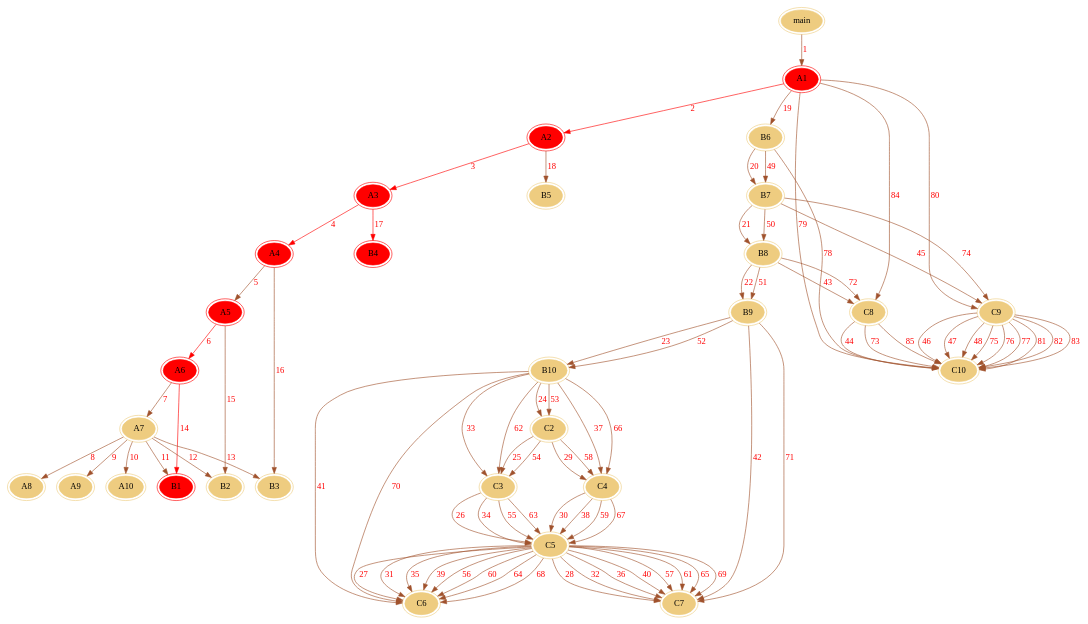
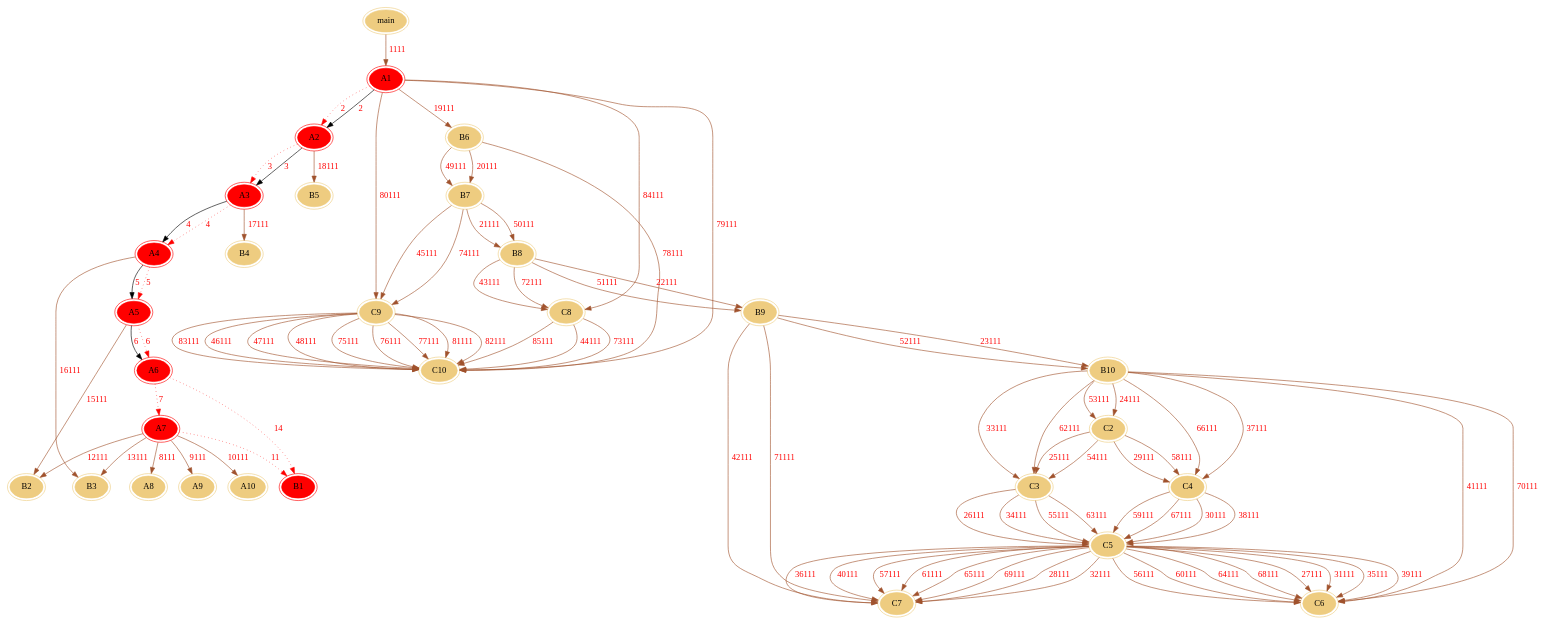
The diagram in out/dot/match.dot (carsonshan/AspectJIdea), drawn with Graphviz before and after one commit. The commit also changed 2 other files, not shown here.

```diff
--- a/out/dot/match.dot
+++ b/out/dot/match.dot
@@ -1,103 +1,122 @@
 digraph G {
     /*初始化节点和边的颜色*/
     node [peripheries=2 style=filled color="#eecc80"]
     edge [color="sienna" fontcolor="red"]
-main -> A1[label=1];
-A1 -> A2[label=2 color=red];
-A2 -> A3[label=3 color=red];
-A3 -> A4[label=4 color=red];
-A4 -> A5[label=5];
-A5 -> A6[label=6 color=red];
-A6 -> A7[label=7];
-A7 -> A8[label=8];
-A7 -> A9[label=9];
-A7 -> A10[label=10];
-A7 -> B1[label=11];
-A7 -> B2[label=12];
-A7 -> B3[label=13];
-A6 -> B1[label=14 color=red];
-A5 -> B2[label=15];
-A4 -> B3[label=16];
-A3 -> B4[label=17 color=red];
-A2 -> B5[label=18];
-A1 -> B6[label=19];
-B6 -> B7[label=20];
-B7 -> B8[label=21];
-B8 -> B9[label=22];
-B9 -> B10[label=23];
-B10 -> C2[label=24];
-C2 -> C3[label=25];
-C3 -> C5[label=26];
-C5 -> C6[label=27];
-C5 -> C7[label=28];
-C2 -> C4[label=29];
-C4 -> C5[label=30];
-C5 -> C6[label=31];
-C5 -> C7[label=32];
-B10 -> C3[label=33];
-C3 -> C5[label=34];
-C5 -> C6[label=35];
-C5 -> C7[label=36];
-B10 -> C4[label=37];
-C4 -> C5[label=38];
-C5 -> C6[label=39];
-C5 -> C7[label=40];
-B10 -> C6[label=41];
-B9 -> C7[label=42];
-B8 -> C8[label=43];
-C8 -> C10[label=44];
-B7 -> C9[label=45];
-C9 -> C10[label=46];
-C9 -> C10[label=47];
-C9 -> C10[label=48];
-B6 -> B7[label=49];
-B7 -> B8[label=50];
-B8 -> B9[label=51];
-B9 -> B10[label=52];
-B10 -> C2[label=53];
-C2 -> C3[label=54];
-C3 -> C5[label=55];
-C5 -> C6[label=56];
-C5 -> C7[label=57];
-C2 -> C4[label=58];
-C4 -> C5[label=59];
-C5 -> C6[label=60];
-C5 -> C7[label=61];
-B10 -> C3[label=62];
-C3 -> C5[label=63];
-C5 -> C6[label=64];
-C5 -> C7[label=65];
-B10 -> C4[label=66];
-C4 -> C5[label=67];
-C5 -> C6[label=68];
-C5 -> C7[label=69];
-B10 -> C6[label=70];
-B9 -> C7[label=71];
-B8 -> C8[label=72];
-C8 -> C10[label=73];
-B7 -> C9[label=74];
-C9 -> C10[label=75];
-C9 -> C10[label=76];
-C9 -> C10[label=77];
-B6 -> C10[label=78];
-A1 -> C10[label=79];
-A1 -> C9[label=80];
-C9 -> C10[label=81];
-C9 -> C10[label=82];
-C9 -> C10[label=83];
-A1 -> C8[label=84];
-C8 -> C10[label=85];
+main -> A1[label=1111];
+A1 -> A2[label=2 color=red style = dotted];
+A1 -> A2[label=2 color=red222];
+A2 -> A3[label=3 color=red style = dotted];
+A2 -> A3[label=3 color=red222];
+A3 -> A4[label=4 color=red style = dotted];
+A3 -> A4[label=4 color=red222];
+A4 -> A5[label=5 color=red style = dotted];
+A4 -> A5[label=5 color=red222];
+A5 -> A6[label=6 color=red style = dotted];
+A5 -> A6[label=6 color=red222];
+A6 -> A7[label=7 color=red style = dotted];
+A7 -> A8[label=8111];
+A7 -> A9[label=9111];
+A7 -> A10[label=10111];
+A7 -> B1[label=11 color=red style = dotted];
+A7 -> B2[label=12111];
+A7 -> B3[label=13111];
+A6 -> B1[label=14 color=red style = dotted];
+A5 -> B2[label=15111];
+A4 -> B3[label=16111];
+A3 -> B4[label=17111];
+A2 -> B5[label=18111];
+A1 -> B6[label=19111];
+B6 -> B7[label=20111];
+B7 -> B8[label=21111];
+B8 -> B9[label=22111];
+B9 -> B10[label=23111];
+B10 -> C2[label=24111];
+C2 -> C3[label=25111];
+C3 -> C5[label=26111];
+C5 -> C6[label=27111];
+C5 -> C7[label=28111];
+C2 -> C4[label=29111];
+C4 -> C5[label=30111];
+C5 -> C6[label=31111];
+C5 -> C7[label=32111];
+B10 -> C3[label=33111];
+C3 -> C5[label=34111];
+C5 -> C6[label=35111];
+C5 -> C7[label=36111];
+B10 -> C4[label=37111];
+C4 -> C5[label=38111];
+C5 -> C6[label=39111];
+C5 -> C7[label=40111];
+B10 -> C6[label=41111];
+B9 -> C7[label=42111];
+B8 -> C8[label=43111];
+C8 -> C10[label=44111];
+B7 -> C9[label=45111];
+C9 -> C10[label=46111];
+C9 -> C10[label=47111];
+C9 -> C10[label=48111];
+B6 -> B7[label=49111];
+B7 -> B8[label=50111];
+B8 -> B9[label=51111];
+B9 -> B10[label=52111];
+B10 -> C2[label=53111];
+C2 -> C3[label=54111];
+C3 -> C5[label=55111];
+C5 -> C6[label=56111];
+C5 -> C7[label=57111];
+C2 -> C4[label=58111];
+C4 -> C5[label=59111];
+C5 -> C6[label=60111];
+C5 -> C7[label=61111];
+B10 -> C3[label=62111];
+C3 -> C5[label=63111];
+C5 -> C6[label=64111];
+C5 -> C7[label=65111];
+B10 -> C4[label=66111];
+C4 -> C5[label=67111];
+C5 -> C6[label=68111];
+C5 -> C7[label=69111];
+B10 -> C6[label=70111];
+B9 -> C7[label=71111];
+B8 -> C8[label=72111];
+C8 -> C10[label=73111];
+B7 -> C9[label=74111];
+C9 -> C10[label=75111];
+C9 -> C10[label=76111];
+C9 -> C10[label=77111];
+B6 -> C10[label=78111];
+A1 -> C10[label=79111];
+A1 -> C9[label=80111];
+C9 -> C10[label=81111];
+C9 -> C10[label=82111];
+C9 -> C10[label=83111];
+A1 -> C8[label=84111];
+C8 -> C10[label=85111];
+A1[color=red];
+A2[color=red];
 A1[color=red];
 A2[color=red];
 A2[color=red];
 A3[color=red];
+A2[color=red];
+A3[color=red];
 A3[color=red];
 A4[color=red];
+A3[color=red];
+A4[color=red];
+A4[color=red];
+A5[color=red];
+A4[color=red];
+A5[color=red];
+A5[color=red];
+A6[color=red];
 A5[color=red];
 A6[color=red];
 A6[color=red];
+A7[color=red];
+A7[color=red];
 B1[color=red];
-A3[color=red];
-B4[color=red];
+A6[color=red];
+B1[color=red];
 
 }
```
